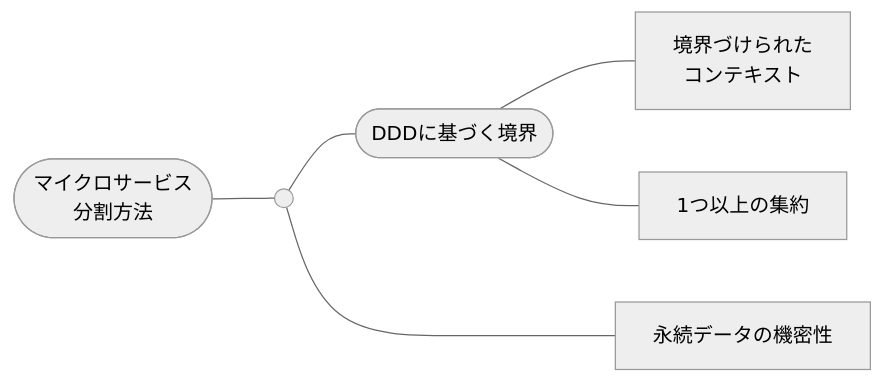
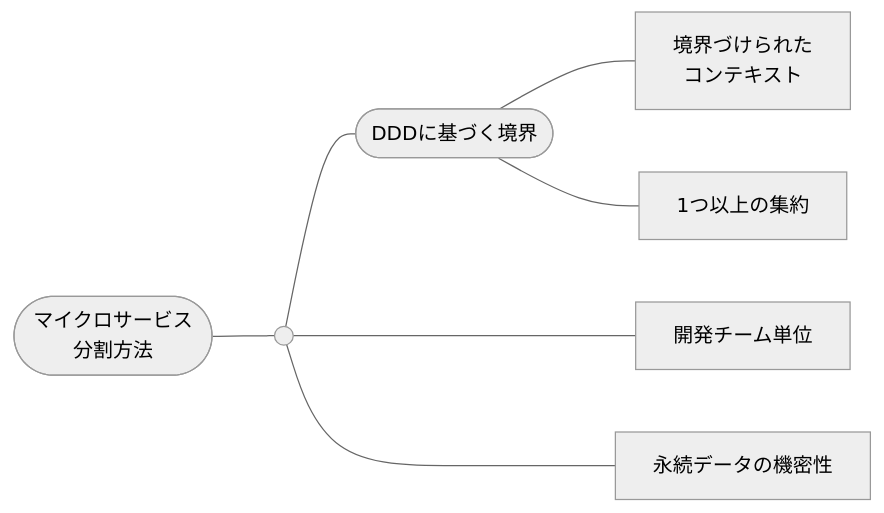
Before and after one commit to hiroki-it/tech-notebook: diagram 11 of 18 in docs/software/software_application_architecture_microservices_cloudnative_application.md, drawn with Mermaid (neutral theme). The commit also changed 1 other file, not shown here.

Commit message:
update ノートを更新した。

````diff
--- a/docs/software/software_application_architecture_microservices_cloudnative_application.md
+++ b/docs/software/software_application_architecture_microservices_cloudnative_application.md
@@ -591,9 +591,10 @@
 ```mermaid
 flowchart LR
   マイクロサービス分割方法([マイクロサービス<br>分割方法]) --- マイクロサービス分割方法の基点(( ))
   マイクロサービス分割方法の基点 --- DDDに基づく境界([DDDに基づく境界])
   DDDに基づく境界 --- 境界づけられたコンテキスト[境界づけられた<br>コンテキスト]
   DDDに基づく境界 --- 1つ以上のルートエンティティ群[1つ以上の集約]
+  マイクロサービス分割方法の基点 ---- 開発チーム単位
   マイクロサービス分割方法の基点 ---- 永続データの機密性
 
 ```
````
